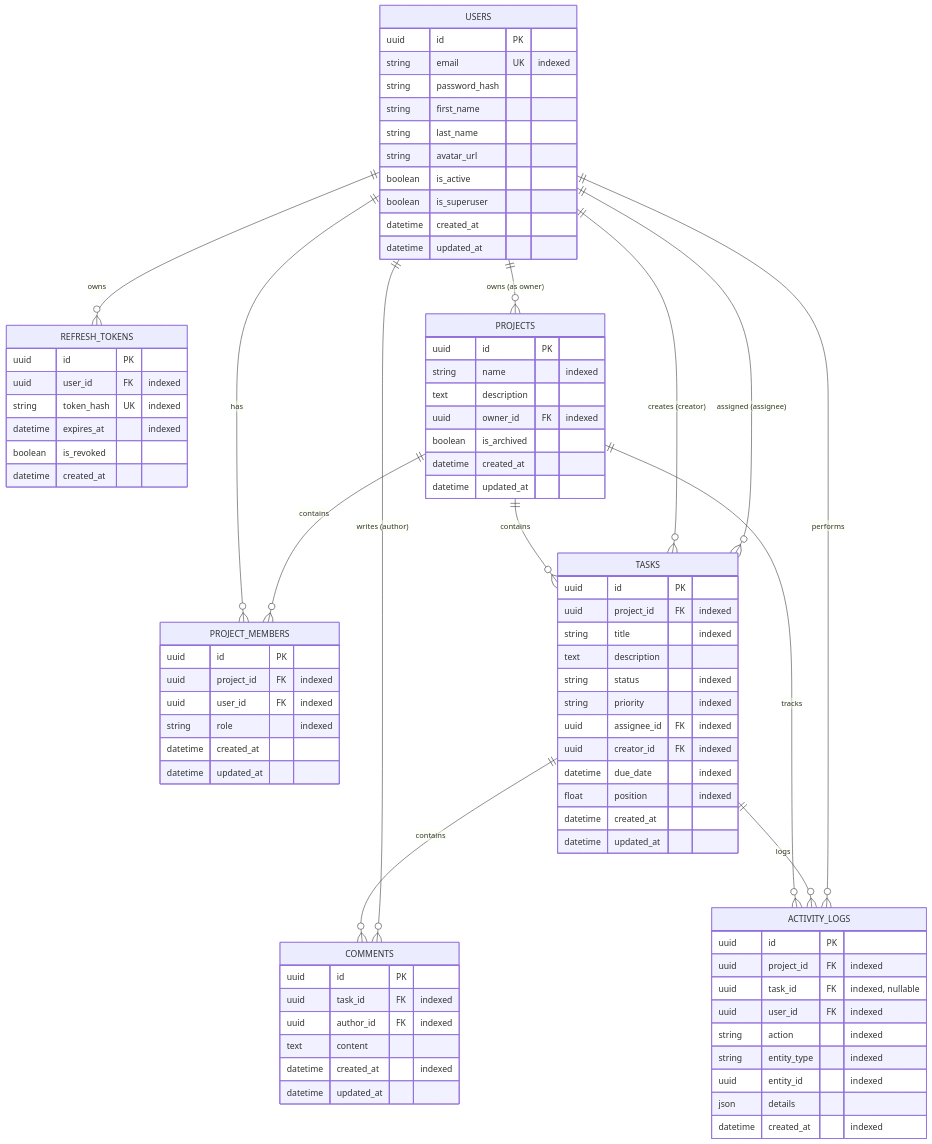
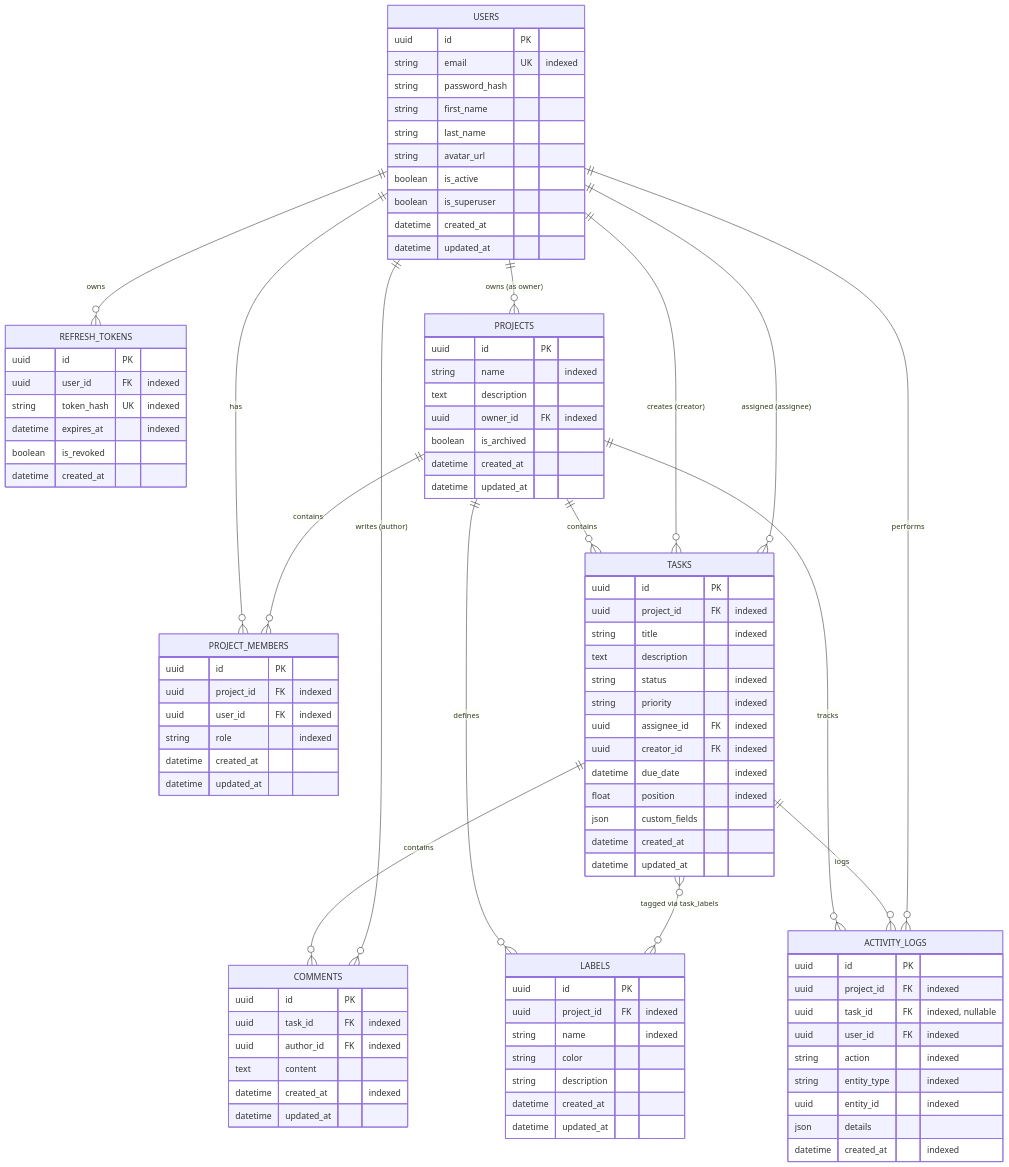
Before and after one commit to AliSheydai/project-management-platform: the diagram in ARCHITECTURE.md, drawn with Mermaid. The commit also changed other lines of this file and 16 other files, not shown here.

Commit message:
feat(labels): implement project labels, task attachments, and custom metadata

```diff
--- a/ARCHITECTURE.md
+++ b/ARCHITECTURE.md
@@ -29,10 +29,12 @@
     USERS ||--o{ PROJECT_MEMBERS : "has"
     PROJECTS ||--o{ PROJECT_MEMBERS : "contains"
     PROJECTS ||--o{ TASKS : "contains"
+    PROJECTS ||--o{ LABELS : "defines"
     USERS ||--o{ TASKS : "creates (creator)"
     USERS ||--o{ TASKS : "assigned (assignee)"
     TASKS ||--o{ COMMENTS : "contains"
     USERS ||--o{ COMMENTS : "writes (author)"
+    TASKS }o--o{ LABELS : "tagged via task_labels"
     PROJECTS ||--o{ ACTIVITY_LOGS : "tracks"
     TASKS ||--o{ ACTIVITY_LOGS : "logs"
     USERS ||--o{ ACTIVITY_LOGS : "performs"
@@ -89,6 +91,17 @@
         uuid creator_id FK "indexed"
         datetime due_date "indexed"
         float position "indexed"
+        json custom_fields
+        datetime created_at
+        datetime updated_at
+    }
+
+    LABELS {
+        uuid id PK
+        uuid project_id FK "indexed"
+        string name "indexed"
+        string color
+        string description
         datetime created_at
         datetime updated_at
     }
```
